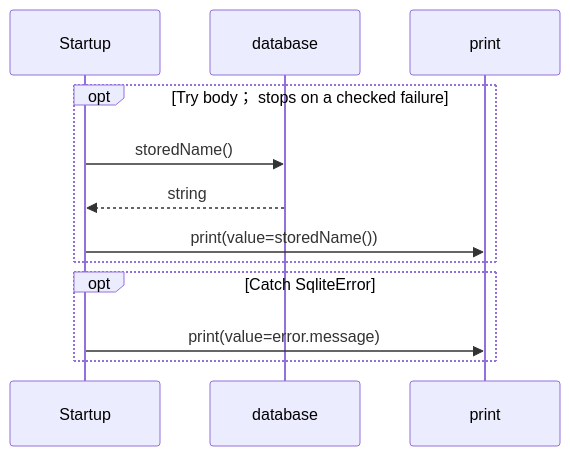
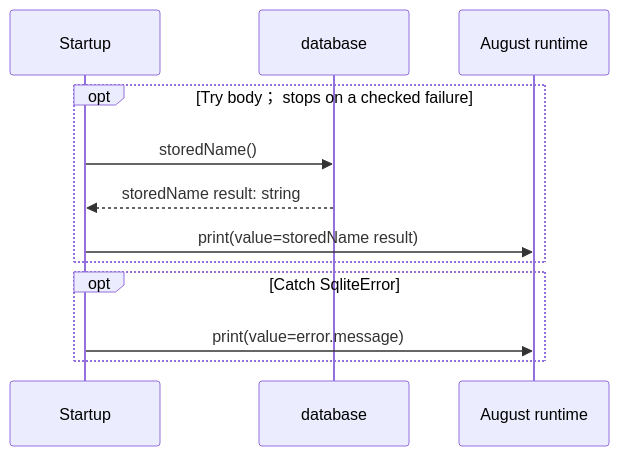
Before and after one commit to GreenPandaStudios/augscript: the diagram in docs/examples/native-sqlite/main-diagrams.md, drawn with Mermaid. The commit also changed other lines of this file and 304 other files, not shown here.

Commit message:
Make generated data-flow sequences concise and review every diagram

````diff
--- a/docs/examples/native-sqlite/main-diagrams.md
+++ b/docs/examples/native-sqlite/main-diagrams.md
@@ -39,14 +28,14 @@
 ```mermaid
 sequenceDiagram
     participant p0 as Startup
     participant p1 as database
-    participant p2 as print
+    participant p2 as August runtime
     opt Try body； stops on a checked failure
     p0->>p1: storedName()
-    p1-->>p0: string
-    p0->>p2: print(value=storedName())
+    p1-->>p0: storedName result: string
+    p0->>p2: print(value=storedName result)
     end
     opt Catch SqliteError
     p0->>p2: print(value=error.message)
     end
 ```
````
